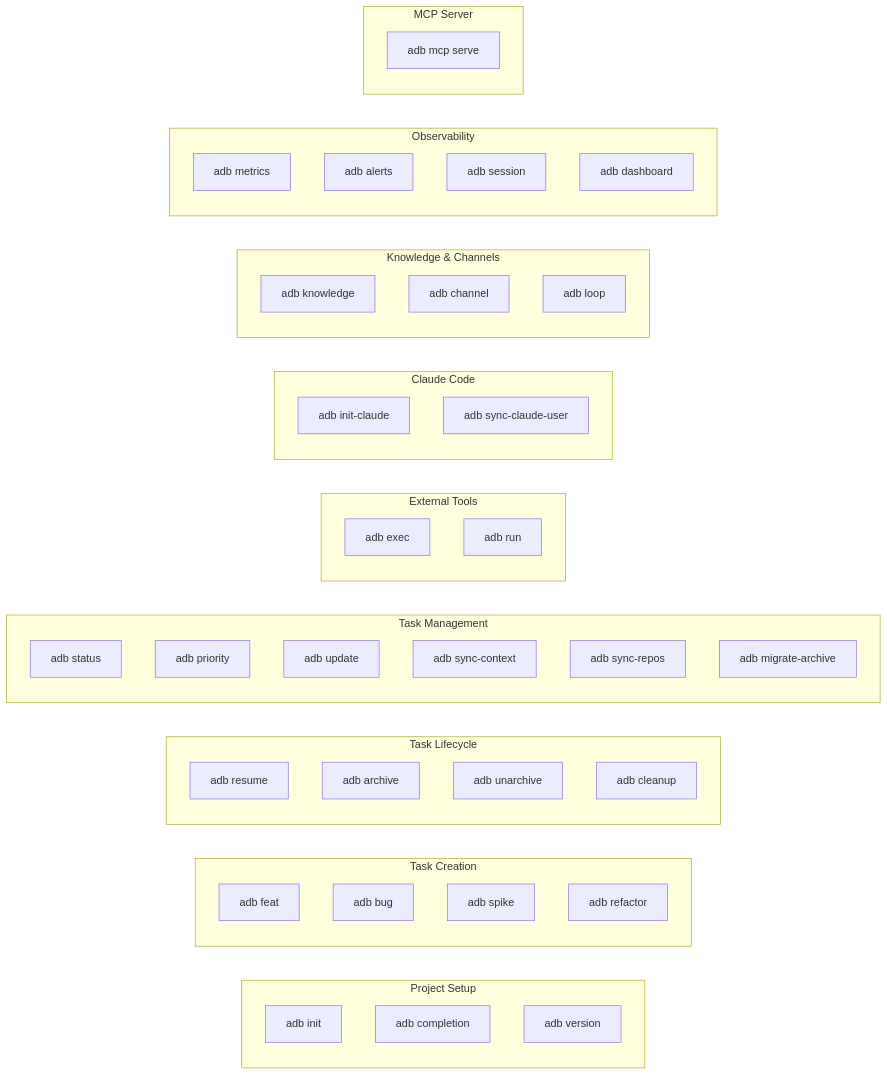
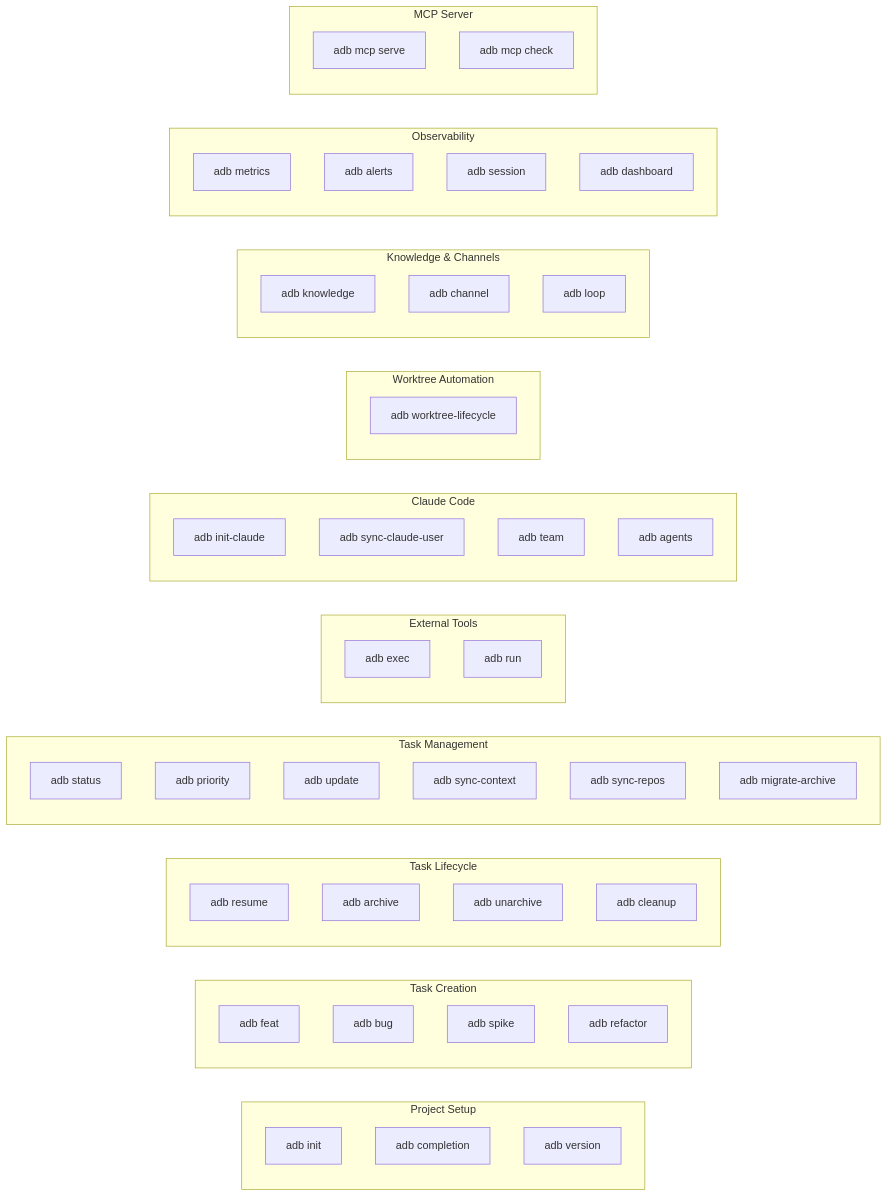
One commit to valter-silva-au/ai-dev-brain changed the diagram in docs/commands.md. Above: the diagram before and after it, drawn with Mermaid. The commit also changed other lines of this file, not shown here.

````diff
--- a/docs/commands.md
+++ b/docs/commands.md
@@ -8,58 +8,65 @@
 ```mermaid
 graph LR
     subgraph "Project Setup"
         init["adb init"]
         completion["adb completion"]
         version["adb version"]
     end
 
     subgraph "Task Creation"
         feat["adb feat"]
         bug["adb bug"]
         spike["adb spike"]
         refactor["adb refactor"]
     end
 
     subgraph "Task Lifecycle"
         resume["adb resume"]
         archive["adb archive"]
         unarchive["adb unarchive"]
         cleanup["adb cleanup"]
     end
 
     subgraph "Task Management"
         status["adb status"]
         priority["adb priority"]
         update["adb update"]
         syncctx["adb sync-context"]
         syncrepos["adb sync-repos"]
         migrate["adb migrate-archive"]
     end
 
     subgraph "External Tools"
         exec["adb exec"]
         run["adb run"]
     end
 
     subgraph "Claude Code"
         initclaude["adb init-claude"]
         syncuser["adb sync-claude-user"]
+        team["adb team"]
+        agents["adb agents"]
+    end
+
+    subgraph "Worktree Automation"
+        wtlifecycle["adb worktree-lifecycle"]
     end
 
     subgraph "Knowledge & Channels"
         knowledge["adb knowledge"]
         channel["adb channel"]
         loop["adb loop"]
     end
 
     subgraph "Observability"
         metrics["adb metrics"]
         alerts["adb alerts"]
         session["adb session"]
         dashboard["adb dashboard"]
     end
 
     subgraph "MCP Server"
-        mcp["adb mcp serve"]
+        mcpserve["adb mcp serve"]
+        mcpcheck["adb mcp check"]
     end
 ```
````
